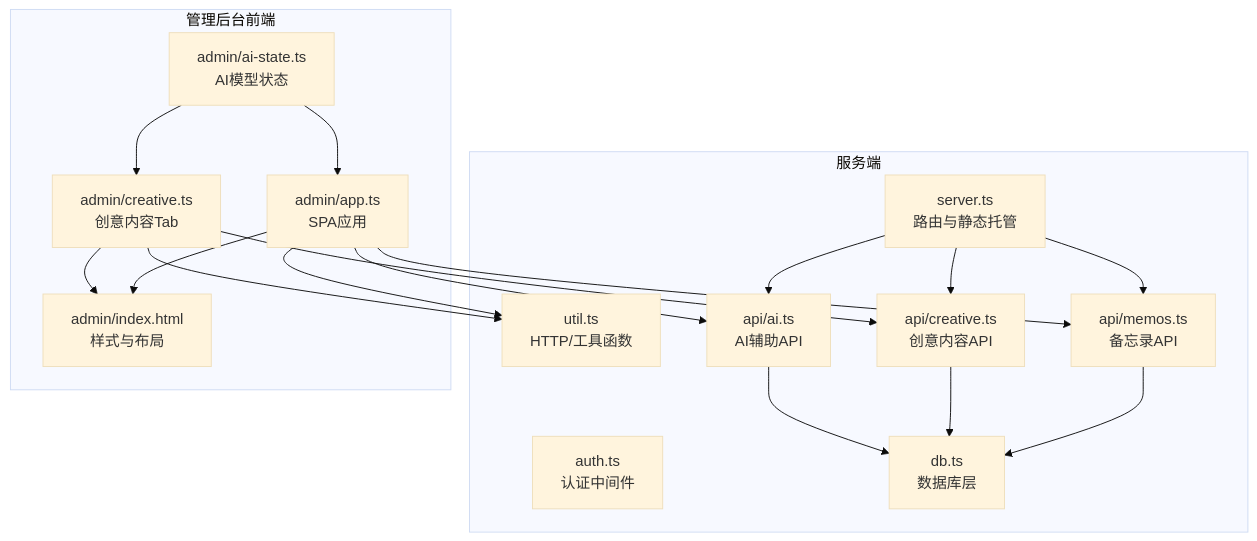
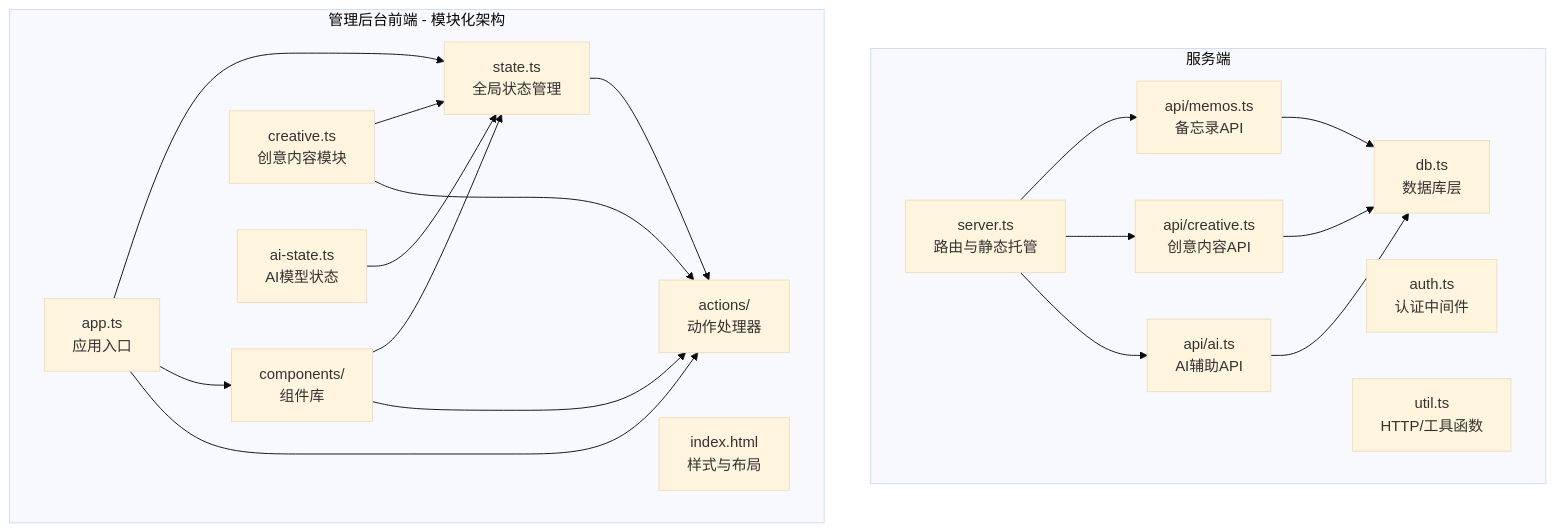
One commit to BlackBoxRecorder/memos changed the first of 6 diagrams in .qoder/repowiki/zh/content/核心功能/管理后台系统.md. Above: the diagram before and after it, drawn with Mermaid (base theme). The commit also changed other lines of this file and 10 other files, not shown here.

````diff
--- a/.qoder/repowiki/zh/content/核心功能/管理后台系统.md
+++ b/.qoder/repowiki/zh/content/核心功能/管理后台系统.md
@@ -59,33 +71,36 @@
 ```mermaid
 graph TB
 subgraph "服务端"
 S["server.ts<br/>路由与静态托管"]
 A["auth.ts<br/>认证中间件"]
 U["util.ts<br/>HTTP/工具函数"]
 D["db.ts<br/>数据库层"]
 API_MEMOS["api/memos.ts<br/>备忘录API"]
 API_CREATIVE["api/creative.ts<br/>创意内容API"]
 API_AI["api/ai.ts<br/>AI辅助API"]
 end
-subgraph "管理后台前端"
-APP["admin/app.ts<br/>SPA应用"]
-CREATIVE["admin/creative.ts<br/>创意内容Tab"]
-AI_STATE["admin/ai-state.ts<br/>AI模型状态"]
-HTML["admin/index.html<br/>样式与布局"]
+subgraph "管理后台前端 - 模块化架构"
+APP["app.ts<br/>应用入口"]
+STATE["state.ts<br/>全局状态管理"]
+AI_STATE["ai-state.ts<br/>AI模型状态"]
+COMPONENTS["components/<br/>组件库"]
+ACTIONS["actions/<br/>动作处理器"]
+CREATIVE["creative.ts<br/>创意内容模块"]
+HTML["index.html<br/>样式与布局"]
 end
 S --> API_MEMOS
 S --> API_CREATIVE
 S --> API_AI
 API_MEMOS --> D
 API_CREATIVE --> D
 API_AI --> D
-APP --> U
-CREATIVE --> U
-APP --> API_MEMOS
-CREATIVE --> API_CREATIVE
-APP --> API_AI
-APP --> HTML
-CREATIVE --> HTML
-AI_STATE --> APP
-AI_STATE --> CREATIVE
+APP --> STATE
+APP --> COMPONENTS
+APP --> ACTIONS
+STATE --> ACTIONS
+COMPONENTS --> STATE
+COMPONENTS --> ACTIONS
+CREATIVE --> STATE
+CREATIVE --> ACTIONS
+AI_STATE --> STATE
 ```
````
